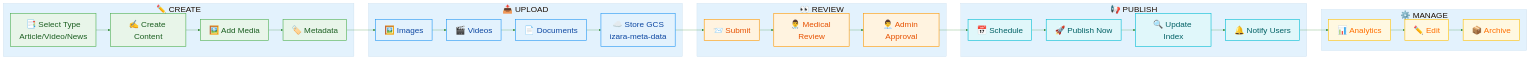
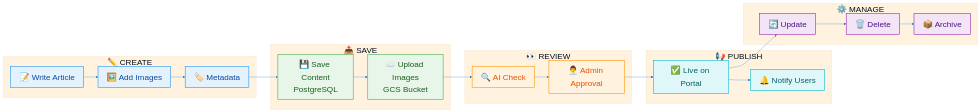
The diagram in Presentations/diagrams/08-content-workflow.mmd (chiraleo2000/Isara-Anywhere), drawn with Mermaid before and after one commit. The commit also changed other lines of this file and 185 other files, not shown here.

```diff
--- a/Presentations/diagrams/08-content-workflow.mmd
+++ b/Presentations/diagrams/08-content-workflow.mmd
@@ -1,70 +1,61 @@
 %%{init: {
   'theme': 'base',
   'themeVariables': {
-    'primaryColor': '#E8F5E9',
-    'primaryTextColor': '#1B5E20',
-    'primaryBorderColor': '#4CAF50',
-    'lineColor': '#388E3C',
-    'secondaryColor': '#FFF3E0',
-    'tertiaryColor': '#E3F2FD',
+    'primaryColor': '#E3F2FD',
+    'primaryTextColor': '#0D47A1',
+    'primaryBorderColor': '#2196F3',
+    'lineColor': '#1976D2',
+    'secondaryColor': '#E8F5E9',
+    'tertiaryColor': '#FFF3E0',
     'fontSize': '28px',
     'fontFamily': 'Segoe UI, Arial'
   }
 }}%%
 
 flowchart LR
     subgraph CREATE["✏️ CREATE"]
-        A1["📑 Select Type<br/>Article/Video/News"]
-        A2["✍️ Create Content"]
-        A3["🖼️ Add Media"]
-        A4["🏷️ Metadata"]
+        A1["📝 Write Article"]
+        A2["🖼️ Add Images"]
+        A3["🏷️ Metadata"]
     end
 
-    subgraph UPLOAD["📤 UPLOAD"]
-        B1["🖼️ Images"]
-        B2["🎬 Videos"]
-        B3["📄 Documents"]
-        B4["☁️ Store GCS<br/>izara-meta-data"]
+    subgraph UPLOAD["📤 SAVE"]
+        B1["💾 Save Content<br/>PostgreSQL"]
+        B2["☁️ Upload Images<br/>GCS Bucket"]
     end
 
     subgraph REVIEW["👀 REVIEW"]
-        C1["📨 Submit"]
-        C2["👨‍⚕️ Medical Review"]
-        C3["👨‍💼 Admin Approval"]
+        C1["🔍 AI Check"]
+        C2["👨‍💼 Admin Approval"]
     end
 
     subgraph PUBLISH["📢 PUBLISH"]
-        D1["📅 Schedule"]
-        D2["🚀 Publish Now"]
-        D3["🔍 Update Index"]
-        D4["🔔 Notify Users"]
+        D1["✅ Live on Portal"]
+        D2["🔔 Notify Users"]
     end
 
     subgraph MANAGE["⚙️ MANAGE"]
-        E1["📊 Analytics"]
-        E2["✏️ Edit"]
+        E1["🔄 Update"]
+        E2["🗑️ Delete"]
         E3["📦 Archive"]
     end
 
     %% Linear flow
-    A1 --> A2 --> A3 --> A4
-    A4 --> B1 --> B2 --> B3 --> B4
-    B4 --> C1 --> C2 --> C3
-    C3 --> D1 --> D2 --> D3 --> D4
-    D4 --> E1 --> E2 --> E3
+    A1 --> A2 --> A3
+    A3 --> B1 --> B2
+    B2 --> C1 --> C2
+    C2 --> D1 --> D2
+    D1 --> E1 --> E2 --> E3
 
     %% Styling
-    classDef createStyle fill:#E8F5E9,stroke:#4CAF50,stroke-width:2px,color:#1B5E20
-    classDef uploadStyle fill:#E3F2FD,stroke:#2196F3,stroke-width:2px,color:#0D47A1
+    classDef createStyle fill:#E3F2FD,stroke:#2196F3,stroke-width:2px,color:#0D47A1
+    classDef uploadStyle fill:#E8F5E9,stroke:#4CAF50,stroke-width:2px,color:#1B5E20
     classDef reviewStyle fill:#FFF3E0,stroke:#FF9800,stroke-width:2px,color:#E65100
     classDef publishStyle fill:#E0F7FA,stroke:#00BCD4,stroke-width:2px,color:#006064
-    classDef manageStyle fill:#FFF8E1,stroke:#FFC107,stroke-width:2px,color:#FF6F00
+    classDef manageStyle fill:#F3E5F5,stroke:#9C27B0,stroke-width:2px,color:#4A148C
 
-    class A1,A2,A3,A4 createStyle
-    class B1,B2,B3,B4 uploadStyle
-    class C1,C2,C3 reviewStyle
-    class D1,D2,D3,D4 publishStyle
+    class A1,A2,A3 createStyle
+    class B1,B2 uploadStyle
+    class C1,C2 reviewStyle
+    class D1,D2 publishStyle
     class E1,E2,E3 manageStyle
-    class REJECT_CONTENT rejectStyle
-    class SCHEDULE,PUBLISH_NOW,UPDATE_INDEX,NOTIFY_USERS publishStyle
-    class VIEW_ANALYTICS,EDIT_CONTENT,ARCHIVE_CONTENT,DELETE_CONTENT manageStyle
```
